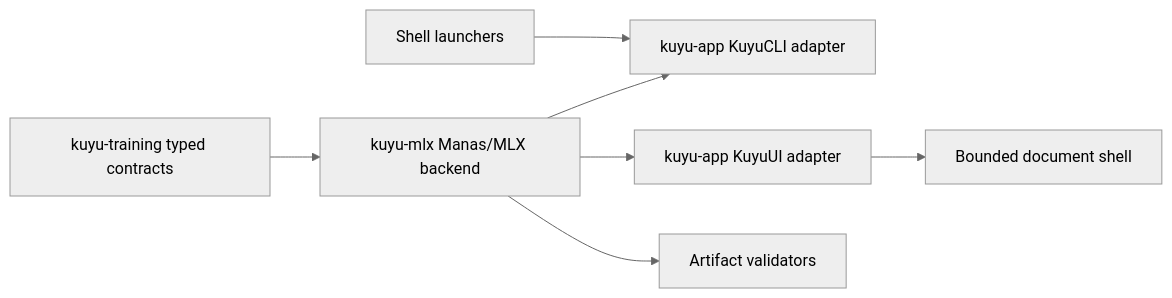
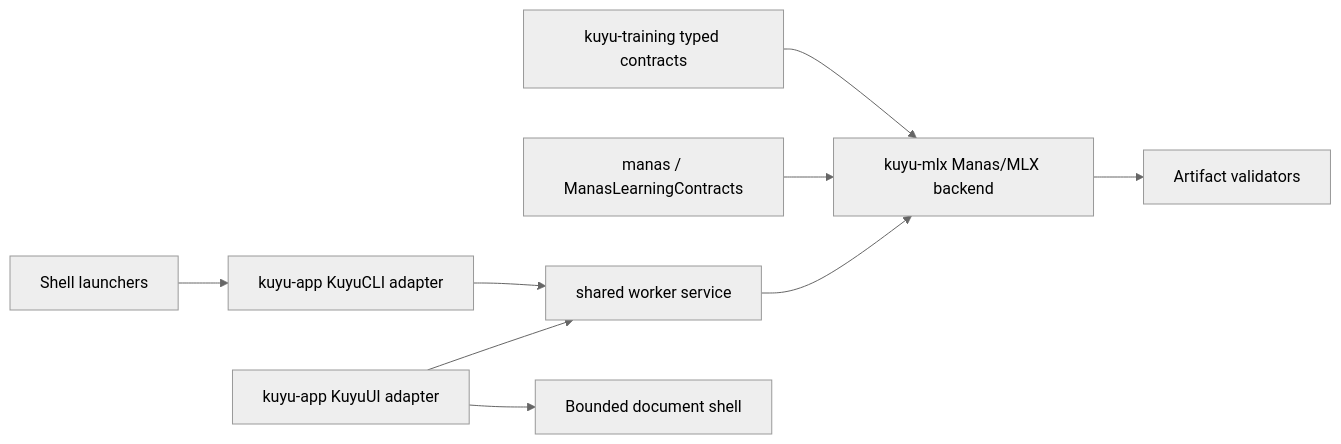
One commit to 1amageek/kuyu changed the first of 2 diagrams in SPEC.md. Above: the diagram before and after it, drawn with Mermaid (neutral theme). The commit also changed other lines of this file and 148 other files, not shown here.

````diff
--- a/SPEC.md
+++ b/SPEC.md
@@ -49,9 +57,11 @@
 ```mermaid
 flowchart LR
   A["kuyu-training typed contracts"] --> B["kuyu-mlx Manas/MLX backend"]
-  B --> C["kuyu-app KuyuCLI adapter"]
-  B --> D["kuyu-app KuyuUI adapter"]
+  M["manas / ManasLearningContracts"] --> B
+  C["kuyu-app KuyuCLI adapter"] --> W["shared worker service"]
+  D["kuyu-app KuyuUI adapter"] --> W
+  W --> B
   D --> E["Bounded document shell"]
   B --> F["Artifact validators"]
   G["Shell launchers"] --> C
 ```
````
